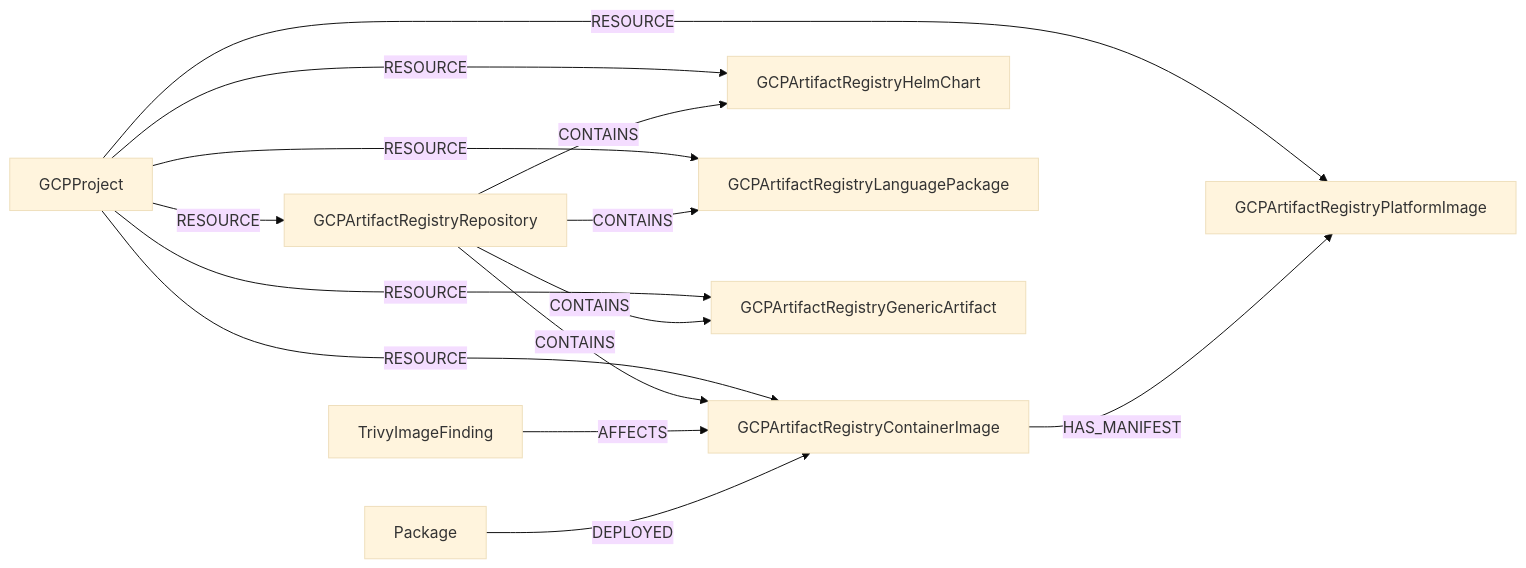
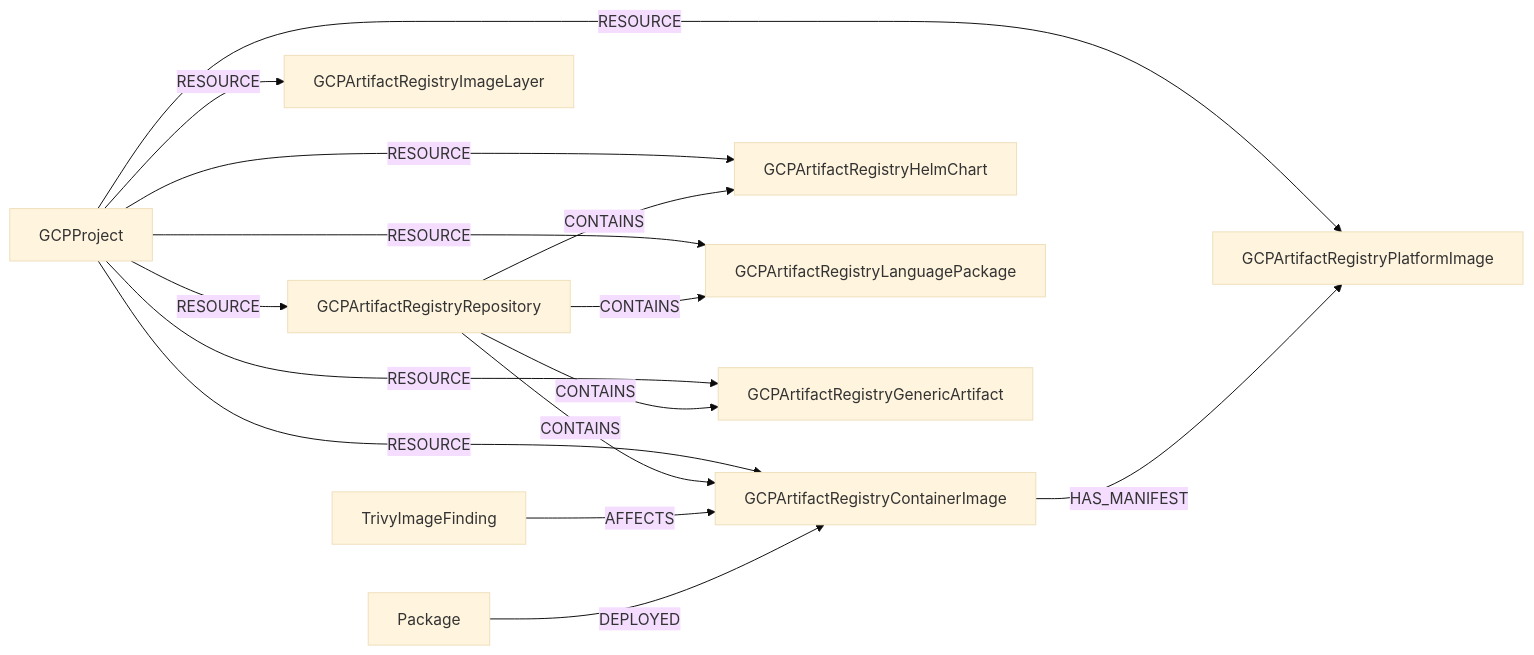
The first of 2 diagrams in docs/root/modules/gcp/schema.md (cartography-cncf/cartography), drawn with Mermaid (base theme) before and after one commit. The commit also changed other lines of this file and 4 other files, not shown here.

````diff
--- a/docs/root/modules/gcp/schema.md
+++ b/docs/root/modules/gcp/schema.md
@@ -1502,26 +1502,28 @@
 ```mermaid
 graph LR
     Project[GCPProject]
     Repository[GCPArtifactRegistryRepository]
     ContainerImage[GCPArtifactRegistryContainerImage]
     HelmChart[GCPArtifactRegistryHelmChart]
     LanguagePackage[GCPArtifactRegistryLanguagePackage]
     GenericArtifact[GCPArtifactRegistryGenericArtifact]
     PlatformImage[GCPArtifactRegistryPlatformImage]
+    ImageLayer[GCPArtifactRegistryImageLayer]
     TrivyFinding[TrivyImageFinding]
     Package[Package]
 
     Project -->|RESOURCE| Repository
     Project -->|RESOURCE| ContainerImage
     Project -->|RESOURCE| HelmChart
     Project -->|RESOURCE| LanguagePackage
     Project -->|RESOURCE| GenericArtifact
     Project -->|RESOURCE| PlatformImage
+    Project -->|RESOURCE| ImageLayer
     Repository -->|CONTAINS| ContainerImage
     Repository -->|CONTAINS| HelmChart
     Repository -->|CONTAINS| LanguagePackage
     Repository -->|CONTAINS| GenericArtifact
     ContainerImage -->|HAS_MANIFEST| PlatformImage
     TrivyFinding -->|AFFECTS| ContainerImage
     Package -->|DEPLOYED| ContainerImage
 ```
````
